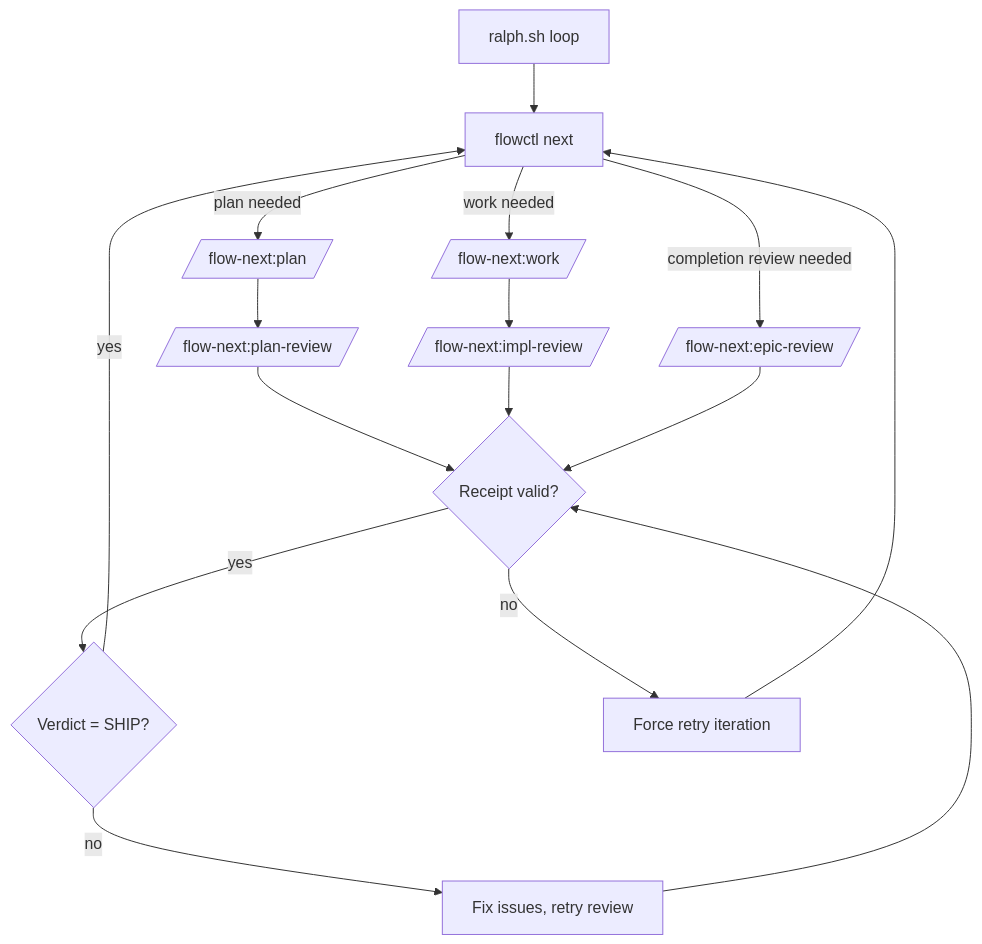
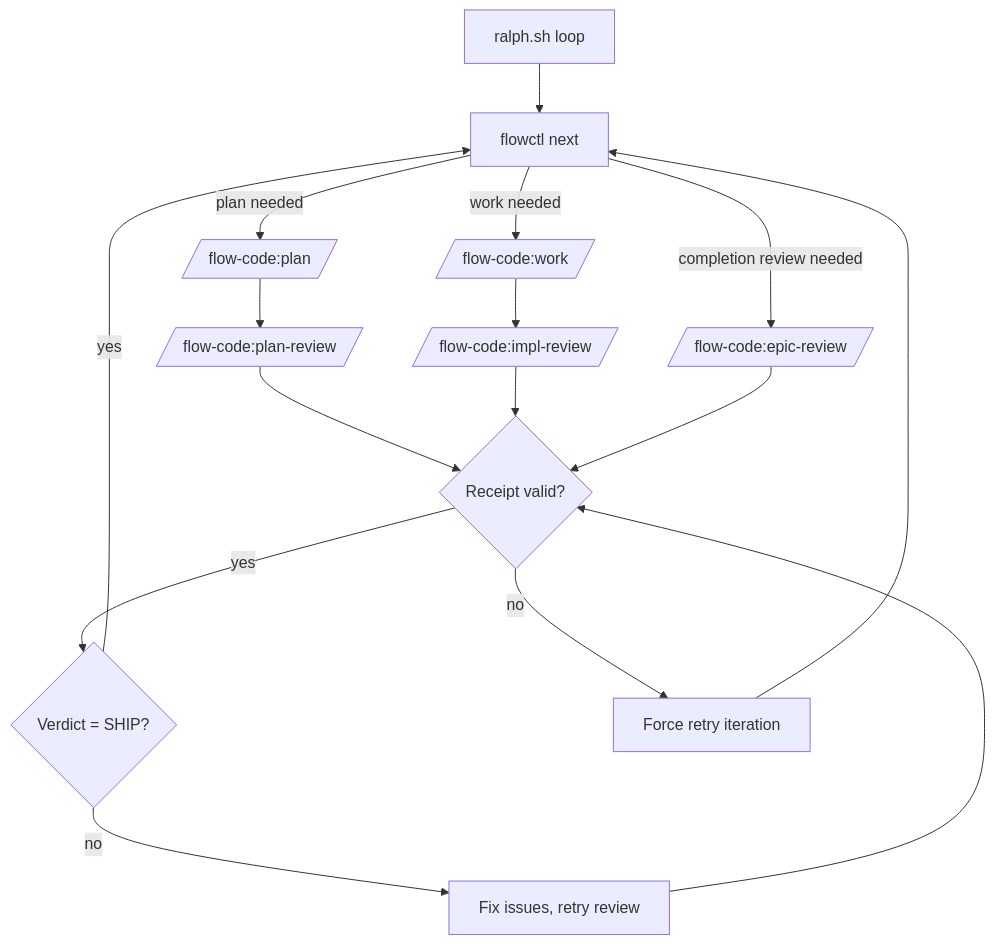
The diagram in docs/ralph.md (z23cc/flow-code), drawn with Mermaid before and after one commit. The commit also changed other lines of this file and 78 other files, not shown here.

First line of the commit message:
rename: flow-next → flow-code across all dirs, files, and content

````diff
--- a/docs/ralph.md
+++ b/docs/ralph.md
@@ -129,18 +129,18 @@
 ```mermaid
 flowchart TD
   A[ralph.sh loop] --> B[flowctl next]
-  B -->|plan needed| C[/flow-next:plan/]
-  C --> D[/flow-next:plan-review/]
-  B -->|work needed| E[/flow-next:work/]
-  E --> F[/flow-next:impl-review/]
-  B -->|completion review needed| K[/flow-next:epic-review/]
+  B -->|plan needed| C[/flow-code:plan/]
+  C --> D[/flow-code:plan-review/]
+  B -->|work needed| E[/flow-code:work/]
+  E --> F[/flow-code:impl-review/]
+  B -->|completion review needed| K[/flow-code:epic-review/]
   D --> G{Receipt valid?}
   F --> G
   K --> G
   G -- yes --> H{Verdict = SHIP?}
   H -- yes --> B
   H -- no --> I[Fix issues, retry review]
   I --> G
   G -- no --> J[Force retry iteration]
   J --> B
 ```
````
